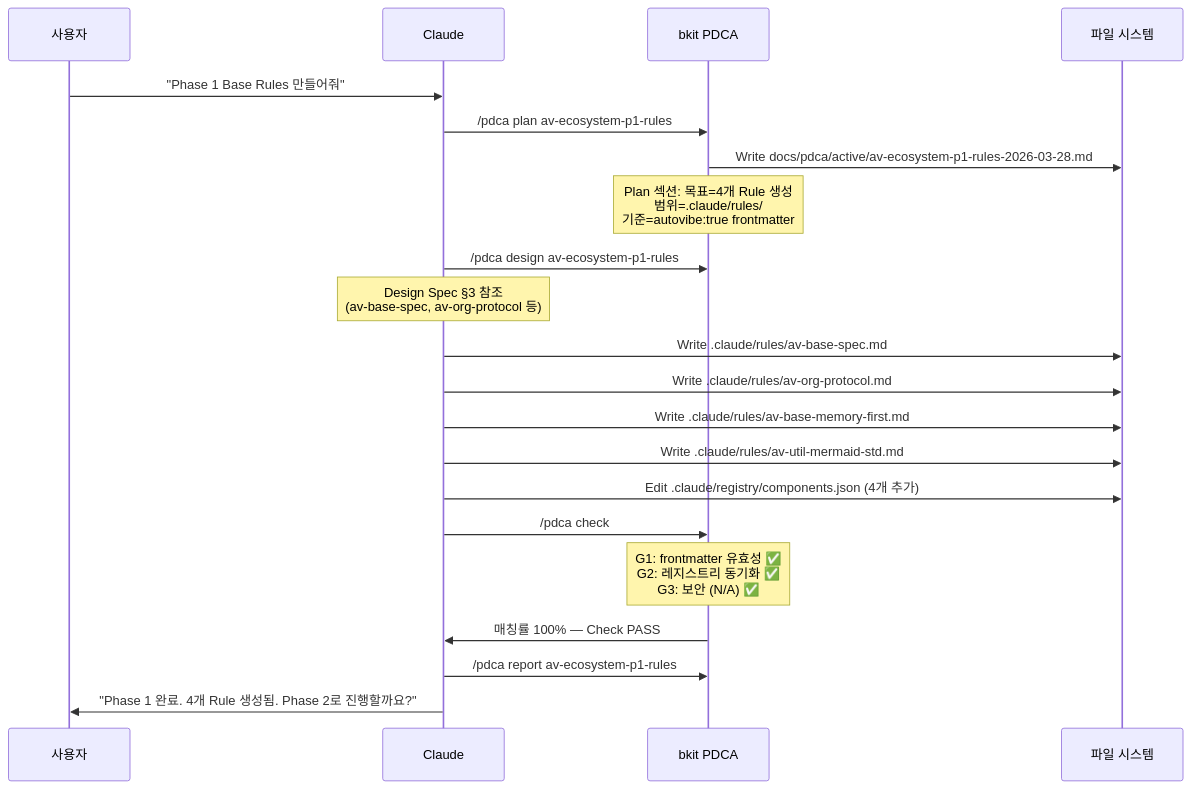
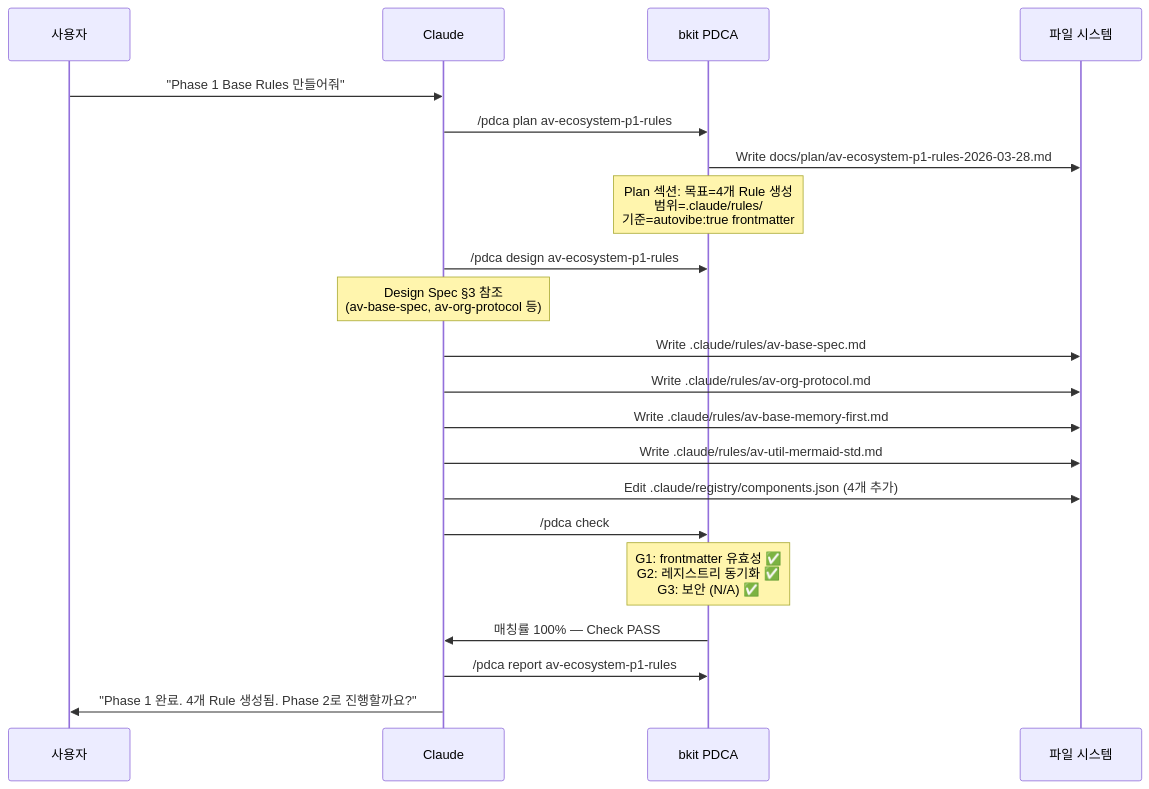
One commit to s99606931/autovibe changed the third of 6 diagrams in guides/bkit-integration.md. Above: the diagram before and after it, drawn with Mermaid. The commit also changed other lines of this file and 12 other files, not shown here.

````diff
--- a/guides/bkit-integration.md
+++ b/guides/bkit-integration.md
@@ -105,29 +105,29 @@
 ```mermaid
 sequenceDiagram
     participant U as 사용자
     participant C as Claude
     participant bkit as bkit PDCA
     participant F as 파일 시스템
 
     U->>C: "Phase 1 Base Rules 만들어줘"
 
     C->>bkit: /pdca plan av-ecosystem-p1-rules
-    bkit->>F: Write docs/pdca/active/av-ecosystem-p1-rules-2026-03-28.md
+    bkit->>F: Write docs/plan/av-ecosystem-p1-rules-2026-03-28.md
     Note over bkit: Plan 섹션: 목표=4개 Rule 생성<br/>범위=.claude/rules/<br/>기준=autovibe:true frontmatter
 
     C->>bkit: /pdca design av-ecosystem-p1-rules
     Note over C: Design Spec §3 참조<br/>(av-base-spec, av-org-protocol 등)
 
     C->>F: Write .claude/rules/av-base-spec.md
     C->>F: Write .claude/rules/av-org-protocol.md
     C->>F: Write .claude/rules/av-base-memory-first.md
     C->>F: Write .claude/rules/av-util-mermaid-std.md
     C->>F: Edit .claude/registry/components.json (4개 추가)
 
     C->>bkit: /pdca check
     Note over bkit: G1: frontmatter 유효성 ✅<br/>G2: 레지스트리 동기화 ✅<br/>G3: 보안 (N/A) ✅
 
     bkit->>C: 매칭률 100% — Check PASS
     C->>bkit: /pdca report av-ecosystem-p1-rules
     C->>U: "Phase 1 완료. 4개 Rule 생성됨. Phase 2로 진행할까요?"
 ```
````
